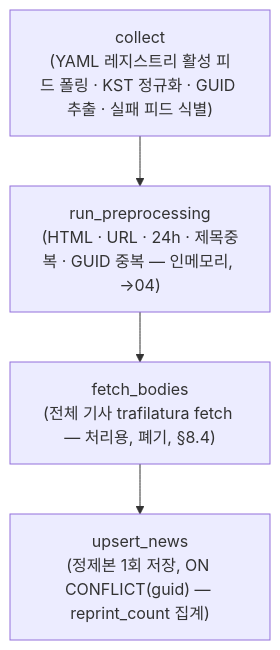
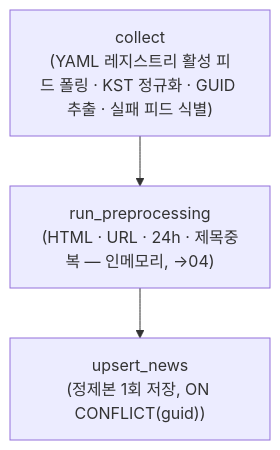
One commit to jangdokdae990/jangdokdae-server changed the first of 2 diagrams in docs/design/02-news-collection-design.md. Above: the diagram before and after it, drawn with Mermaid. The commit also changed other lines of this file and 3 other files, not shown here.

````diff
--- a/docs/design/02-news-collection-design.md
+++ b/docs/design/02-news-collection-design.md
@@ -112,8 +112,7 @@
 ```mermaid
 flowchart TD
     A["collect<br/>(YAML 레지스트리 활성 피드 폴링 · KST 정규화 · GUID 추출 · 실패 피드 식별)"]
-    B["run_preprocessing<br/>(HTML · URL · 24h · 제목중복 · GUID 중복 — 인메모리, →04)"]
-    C["fetch_bodies<br/>(전체 기사 trafilatura fetch — 처리용, 폐기, §8.4)"]
-    D["upsert_news<br/>(정제본 1회 저장, ON CONFLICT(guid) — reprint_count 집계)"]
-    A --> B --> C --> D
+    B["run_preprocessing<br/>(HTML · URL · 24h · 제목중복 — 인메모리, →04)"]
+    D["upsert_news<br/>(정제본 1회 저장, ON CONFLICT(guid))"]
+    A --> B --> D
 ```
````
